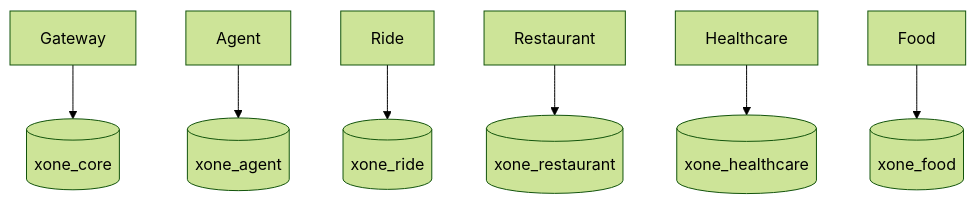
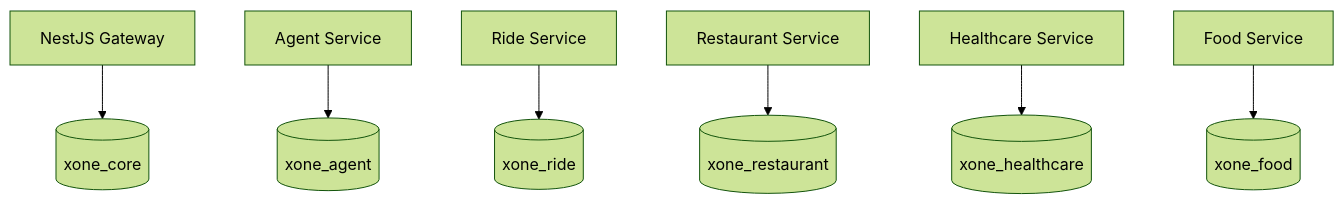
The diagram in docs/architecture/data-architecture.md (codecuatai/P-018), drawn with Mermaid (forest theme) before and after one commit. The commit also changed other lines of this file and 71 other files, not shown here.

````diff
--- a/docs/architecture/data-architecture.md
+++ b/docs/architecture/data-architecture.md
@@ -5,9 +11,9 @@
 ```mermaid
 flowchart TB
-  Gateway --> Core[(xone_core)]
-  Agent --> AgentDb[(xone_agent)]
-  Ride --> RideDb[(xone_ride)]
-  Restaurant --> RestaurantDb[(xone_restaurant)]
-  Healthcare --> HealthcareDb[(xone_healthcare)]
-  Food --> FoodDb[(xone_food)]
+    Gateway[NestJS Gateway] --> Core[(xone_core)]
+    Agent[Agent Service] --> AgentDb[(xone_agent)]
+    Ride[Ride Service] --> RideDb[(xone_ride)]
+    Restaurant[Restaurant Service] --> RestaurantDb[(xone_restaurant)]
+    Healthcare[Healthcare Service] --> HealthcareDb[(xone_healthcare)]
+    Food[Food Service] --> FoodDb[(xone_food)]
 ```
````
